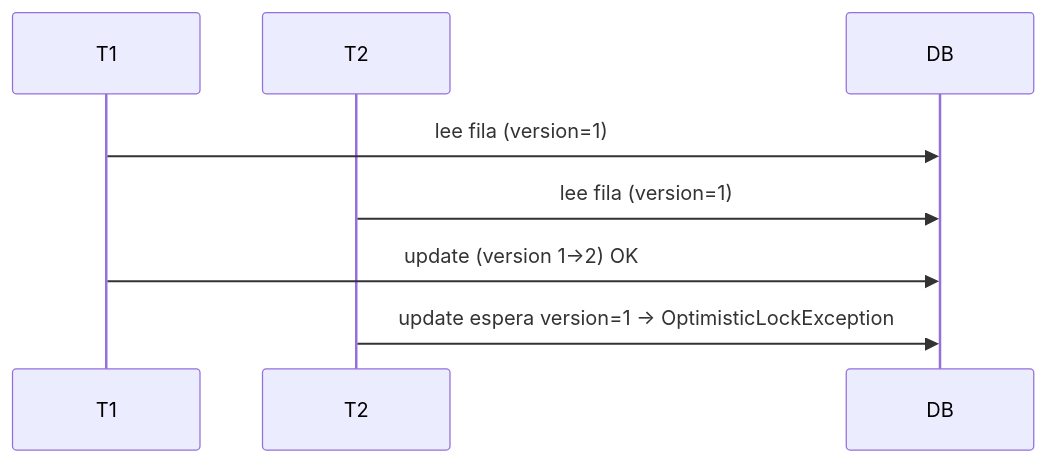
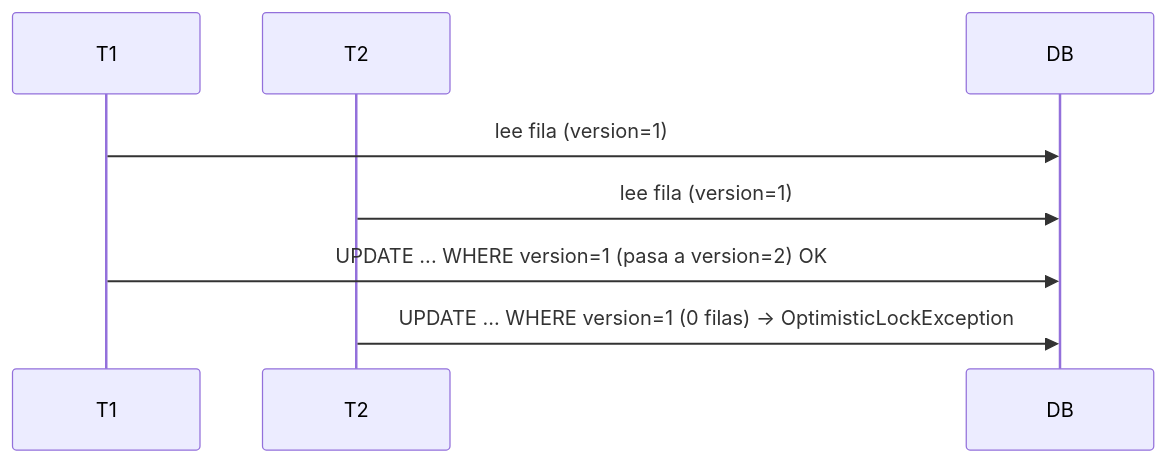
The second of 5 diagrams in Programación/Aprendizaje autodidacta/11_APIRESTMasterclass/teoria/14_JPA_Avanzado.md (obiticadev/DAM-2025-26), drawn with Mermaid before and after one commit. The commit also changed other lines of this file and 69 other files, not shown here.

````diff
--- a/Programación/Aprendizaje autodidacta/11_APIRESTMasterclass/teoria/14_JPA_Avanzado.md
+++ b/Programación/Aprendizaje autodidacta/11_APIRESTMasterclass/teoria/14_JPA_Avanzado.md
@@ -20,9 +116,10 @@
 ```mermaid
 sequenceDiagram
     participant T1
     participant T2
+    participant DB
     T1->>DB: lee fila (version=1)
     T2->>DB: lee fila (version=1)
-    T1->>DB: update (version 1->2) OK
-    T2->>DB: update espera version=1 -> OptimisticLockException
+    T1->>DB: UPDATE ... WHERE version=1  (pasa a version=2) OK
+    T2->>DB: UPDATE ... WHERE version=1  (0 filas) -> OptimisticLockException
 ```
````
